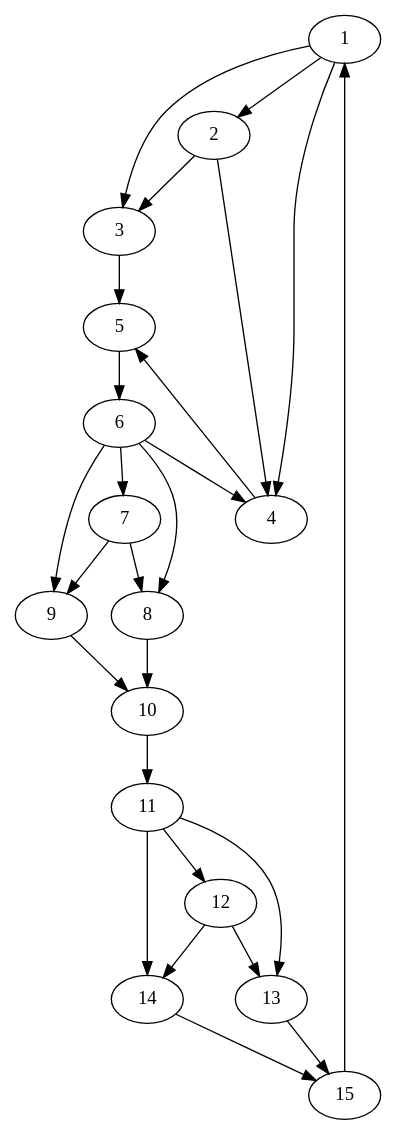
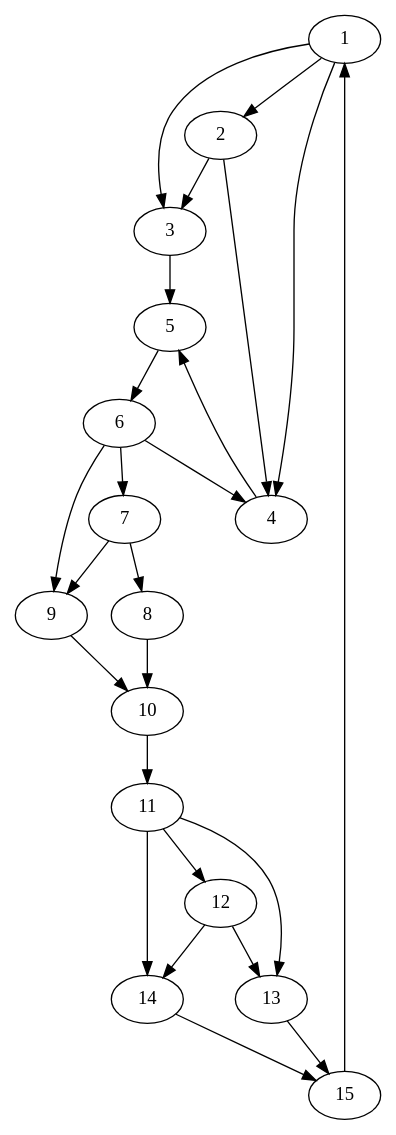
One commit to JosephChennattu123/SE-Lab-Project changed the diagram in src/systemtest/resources/mapFiles/example_map_modified.dot. Above: the diagram before and after it, drawn with Graphviz. The commit also changed 4 other files, not shown here.

```diff
--- a/src/systemtest/resources/mapFiles/example_map_modified.dot
+++ b/src/systemtest/resources/mapFiles/example_map_modified.dot
@@ -1,45 +1,44 @@
 digraph Saarland {
-  1;
-  2;
-  3;
-  4;
-  5;
-  6;
-  7;
-  8;
-  9;
-  10;
-  11;
-  12;
-  13;
-  14;
-  15;
-  5 -> 6 [village=Saarland; name=Motorway; heightLimit=10; weight = 16; primaryType=countyRoad; secondaryType=none;];
-10 -> 11 [village=Saarland; name=Countryroad; heightLimit=2; weight = 39; primaryType=countyRoad; secondaryType=tunnel;];
-15 -> 1 [village=Saarland; name=Fastlane; heightLimit=10; weight = 29; primaryType=countyRoad; secondaryType=none;];
+    1;
+    2;
+    3;
+    4;
+    5;
+    6;
+    7;
+    8;
+    9;
+    10;
+    11;
+    12;
+    13;
+    14;
+    15;
+    5 -> 6 [village=Saarland; name=Motorway; heightLimit=10; weight = 1; primaryType=countyRoad; secondaryType=none;];
+    10 -> 11 [village=Saarland; name=Countryroad; heightLimit=2; weight = 39; primaryType=countyRoad; secondaryType=tunnel;];
+    15 -> 1 [village=Saarland; name=Fastlane; heightLimit=10; weight = 29; primaryType=countyRoad; secondaryType=none;];
 
-1 -> 2 [village=Saarbruecken; name=Alleestrasse; heightLimit=10; weight = 3; primaryType=sideStreet; secondaryType=none;];
-1 -> 3 [village=Saarbruecken; name=Flughafenstrasse; heightLimit=2; weight = 1; primaryType=sideStreet; secondaryType=tunnel;];
-2 -> 3 [village=Saarbruecken; name=Eisenbahnstrasse; heightLimit=8; weight = 6; primaryType=sideStreet; secondaryType=none;];
-2 -> 4 [village=Saarbruecken; name=Bergstrasse; heightLimit=9; weight = 3; primaryType=mainStreet; secondaryType=none;];
-1 -> 4 [village=Saarbruecken; name=GoldeneBremm; heightLimit=8; weight = 7; primaryType=sideStreet; secondaryType=oneWayStreet;];
-4 -> 5 [village=Saarbruecken; name=Bahnhofstrasse; heightLimit=4; weight = 2; primaryType=mainStreet; secondaryType=oneWayStreet;];
-3 -> 5 [village=Saarbruecken; name=Beethovenstrasse; heightLimit=12; weight = 9; primaryType=sideStreet; secondaryType=none;];
+    1 -> 2 [village=Saarbruecken; name=Alleestrasse; heightLimit=10; weight = 3; primaryType=sideStreet; secondaryType=none;];
+    1 -> 3 [village=Saarbruecken; name=Flughafenstrasse; heightLimit=2; weight = 1; primaryType=sideStreet; secondaryType=tunnel;];
+    2 -> 3 [village=Saarbruecken; name=Eisenbahnstrasse; heightLimit=8; weight = 6; primaryType=sideStreet; secondaryType=none;];
+    2 -> 4 [village=Saarbruecken; name=Bergstrasse; heightLimit=9; weight = 3; primaryType=mainStreet; secondaryType=none;];
+    1 -> 4 [village=Saarbruecken; name=GoldeneBremm; heightLimit=8; weight = 7; primaryType=sideStreet; secondaryType=oneWayStreet;];
+    4 -> 5 [village=Saarbruecken; name=Bahnhofstrasse; heightLimit=4; weight = 1; primaryType=mainStreet; secondaryType=oneWayStreet;];
+    3 -> 5 [village=Saarbruecken; name=Beethovenstrasse; heightLimit=12; weight = 9; primaryType=sideStreet; secondaryType=none;];
 
-6 -> 4 [village=Homburg; name=Bergstrasse; heightLimit=10; weight = 2; primaryType=sideStreet; secondaryType=none;];
-6 -> 7 [village=Homburg; name=Bergstrasse; heightLimit=10; weight = 3; primaryType=sideStreet; secondaryType=none;];
-6 -> 8 [village=Homburg; name=Finkenweg; heightLimit=2; weight = 1; primaryType=sideStreet; secondaryType=tunnel;];
-7 -> 8 [village=Homburg; name=Sonnenstrasse; heightLimit=8; weight = 6; primaryType=sideStreet; secondaryType=none;];
-7 -> 9 [village=Homburg; name=Hauptstrasse; heightLimit=9; weight = 3; primaryType=mainStreet; secondaryType=none;];
-6 -> 9 [village=Homburg; name=Jakobsstrasse; heightLimit=8; weight = 7; primaryType=sideStreet; secondaryType=oneWayStreet;];
-9 -> 10 [village=Homburg; name=Kieselpfad; heightLimit=4; weight = 2; primaryType=mainStreet; secondaryType=oneWayStreet;];
-8 -> 10 [village=Homburg; name=Grafstrasse; heightLimit=12; weight = 9; primaryType=sideStreet; secondaryType=none;];
+    6 -> 4 [village=Saarland; name=Addedstrasse; heightLimit=10; weight = 2; primaryType=countyRoad; secondaryType=oneWayStreet;];
+    6 -> 7 [village=Homburg; name=Bergstrasse; heightLimit=10; weight = 10; primaryType=sideStreet; secondaryType=none;];
+    7 -> 8 [village=Homburg; name=Sonnenstrasse; heightLimit=8; weight = 6; primaryType=sideStreet; secondaryType=none;];
+    7 -> 9 [village=Homburg; name=Hauptstrasse; heightLimit=9; weight = 3; primaryType=mainStreet; secondaryType=none;];
+    6 -> 9 [village=Homburg; name=Jakobsstrasse; heightLimit=8; weight = 7; primaryType=sideStreet; secondaryType=oneWayStreet;];
+    9 -> 10 [village=Homburg; name=Kieselpfad; heightLimit=4; weight = 2; primaryType=mainStreet; secondaryType=oneWayStreet;];
+    8 -> 10 [village=Homburg; name=Grafstrasse; heightLimit=12; weight = 9; primaryType=sideStreet; secondaryType=none;];
 
-11 -> 12 [village=Saarlouis; name=Lerchenweg; heightLimit=10; weight = 3; primaryType=sideStreet; secondaryType=none;];
-11 -> 13 [village=Saarlouis; name=Marktweg; heightLimit=2; weight = 1; primaryType=sideStreet; secondaryType=tunnel;];
-12 -> 13 [village=Saarlouis; name=Nelkenstrasse; heightLimit=8; weight = 6; primaryType=sideStreet; secondaryType=none;];
-12 -> 14 [village=Saarlouis; name=Querstrasse; heightLimit=9; weight = 3; primaryType=mainStreet; secondaryType=none;];
-11 -> 14 [village=Saarlouis; name=Bergstrasse; heightLimit=8; weight = 7; primaryType=sideStreet; secondaryType=oneWayStreet;];
-14 -> 15 [village=Saarlouis; name=Hauptstrasse; heightLimit=4; weight = 2; primaryType=mainStreet; secondaryType=oneWayStreet;];
-13 -> 15 [village=Saarlouis; name=Parkweg; heightLimit=12; weight = 9; primaryType=sideStreet; secondaryType=none;];
+    11 -> 12 [village=Saarlouis; name=Lerchenweg; heightLimit=10; weight = 3; primaryType=sideStreet; secondaryType=none;];
+    11 -> 13 [village=Saarlouis; name=Marktweg; heightLimit=2; weight = 1; primaryType=sideStreet; secondaryType=tunnel;];
+    12 -> 13 [village=Saarlouis; name=Nelkenstrasse; heightLimit=8; weight = 6; primaryType=sideStreet; secondaryType=none;];
+    12 -> 14 [village=Saarlouis; name=Querstrasse; heightLimit=9; weight = 3; primaryType=mainStreet; secondaryType=none;];
+    11 -> 14 [village=Saarlouis; name=Bergstrasse; heightLimit=8; weight = 7; primaryType=sideStreet; secondaryType=oneWayStreet;];
+    14 -> 15 [village=Saarlouis; name=Hauptstrasse; heightLimit=4; weight = 2; primaryType=mainStreet; secondaryType=oneWayStreet;];
+    13 -> 15 [village=Saarlouis; name=Parkweg; heightLimit=12; weight = 9; primaryType=sideStreet; secondaryType=none;];
 }
```
